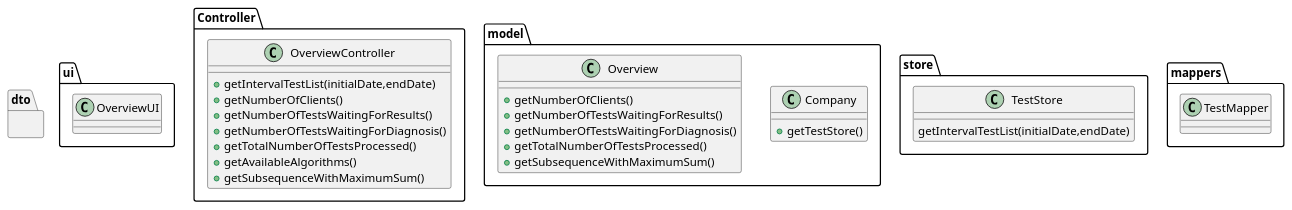
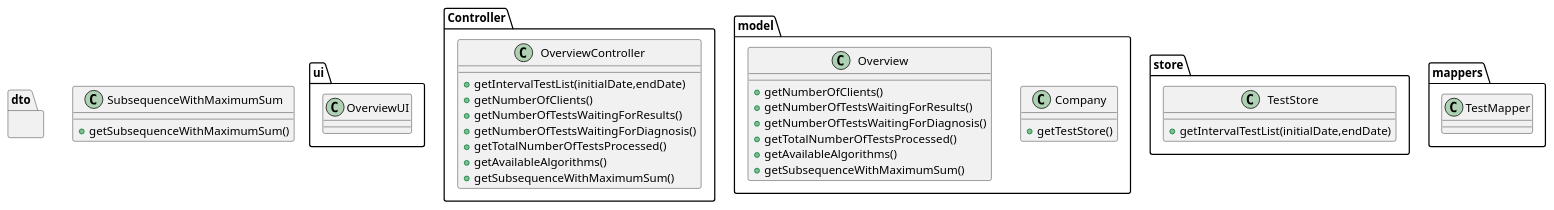
Before and after one commit to manu-07-ela/LAPR2_ISEP: the diagram in docs/SprintD/US16/US16_CD.puml, drawn with PlantUML. The commit also changed 11 other files, not shown here.

```diff
--- a/docs/SprintD/US16/US16_CD.puml
+++ b/docs/SprintD/US16/US16_CD.puml
@@ -1,54 +1,59 @@
 @startuml
 
 
 package ui {
 class OverviewUI{}
 }
 
 package Controller{
 class OverviewController{
 +getIntervalTestList(initialDate,endDate)
 +getNumberOfClients()
 +getNumberOfTestsWaitingForResults()
 +getNumberOfTestsWaitingForDiagnosis()
 +getTotalNumberOfTestsProcessed()
 +getAvailableAlgorithms()
 +getSubsequenceWithMaximumSum()
 }
 }
 
 package model{
 class Company{
 +getTestStore()
 }
 class Overview{
 +getNumberOfClients()
 +getNumberOfTestsWaitingForResults()
 +getNumberOfTestsWaitingForDiagnosis()
 +getTotalNumberOfTestsProcessed()
++getAvailableAlgorithms()
 +getSubsequenceWithMaximumSum()
 }
 }
 
 
 
 package store{
 class TestStore{
-getIntervalTestList(initialDate,endDate)
++getIntervalTestList(initialDate,endDate)
 }
 }
 
 package mappers{
 class TestMapper{
 }
 }
 
 
 package dto{
 }
 
+class SubsequenceWithMaximumSum{
++getSubsequenceWithMaximumSum()
+}
+
 
 
 
 
 @enduml
```
